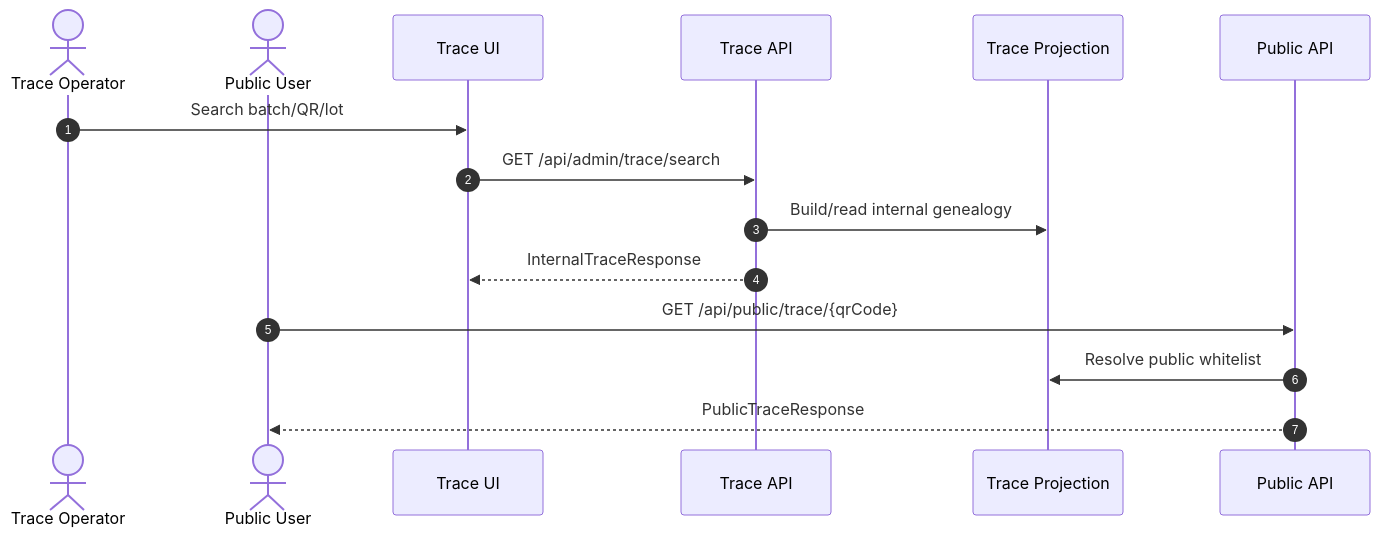
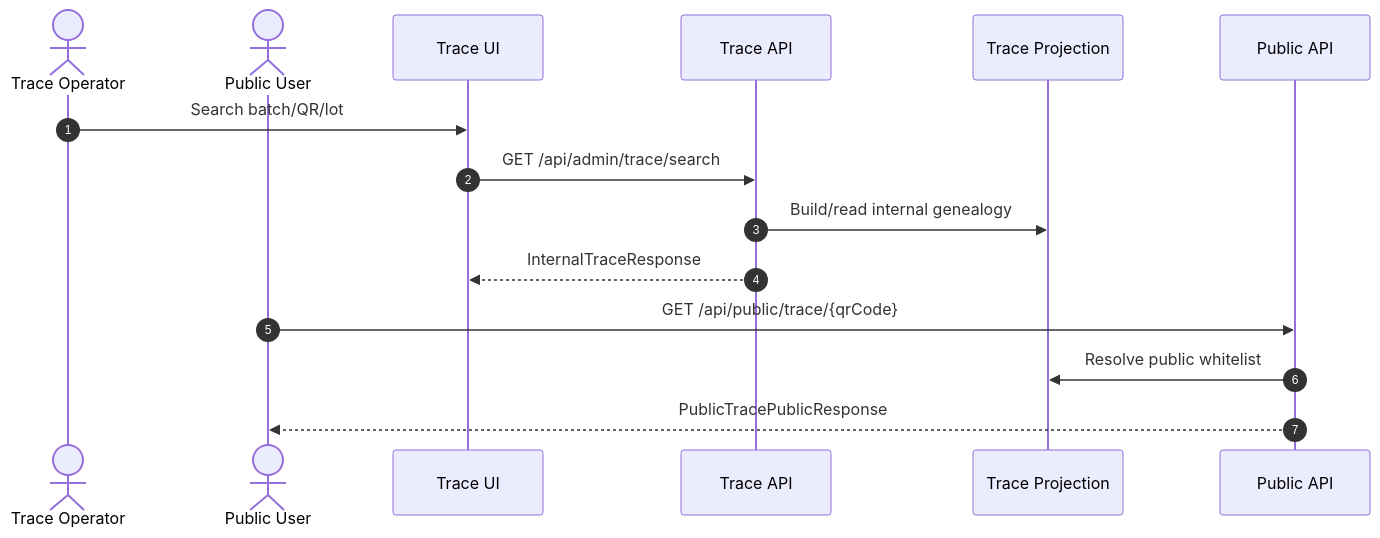
One commit to ngquoctoan2001/Ginsengfood-Operational-System changed the second of 2 diagrams in docs/software-specs/modules/12_TRACEABILITY.md. Above: the diagram before and after it, drawn with Mermaid. The commit also changed other lines of this file and 125 other files, not shown here.

````diff
--- a/docs/software-specs/modules/12_TRACEABILITY.md
+++ b/docs/software-specs/modules/12_TRACEABILITY.md
@@ -107,17 +107,17 @@
 ```mermaid
 sequenceDiagram
     autonumber
     actor TraceOp as Trace Operator
     actor Public as Public User
     participant AdminUI as Trace UI
     participant TraceAPI as Trace API
     participant Projection as Trace Projection
     participant PublicAPI as Public API
     TraceOp->>AdminUI: Search batch/QR/lot
     AdminUI->>TraceAPI: GET /api/admin/trace/search
     TraceAPI->>Projection: Build/read internal genealogy
     TraceAPI-->>AdminUI: InternalTraceResponse
     Public->>PublicAPI: GET /api/public/trace/{qrCode}
     PublicAPI->>Projection: Resolve public whitelist
-    PublicAPI-->>Public: PublicTraceResponse
+    PublicAPI-->>Public: PublicTracePublicResponse
 ```
````
